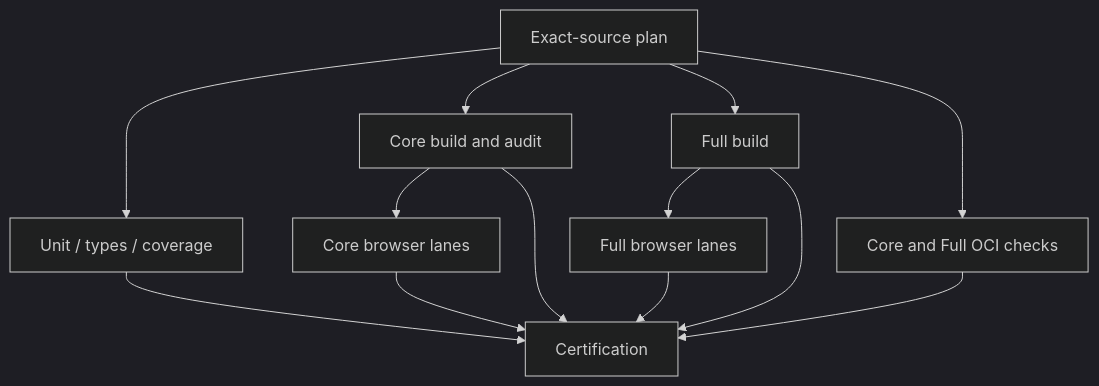
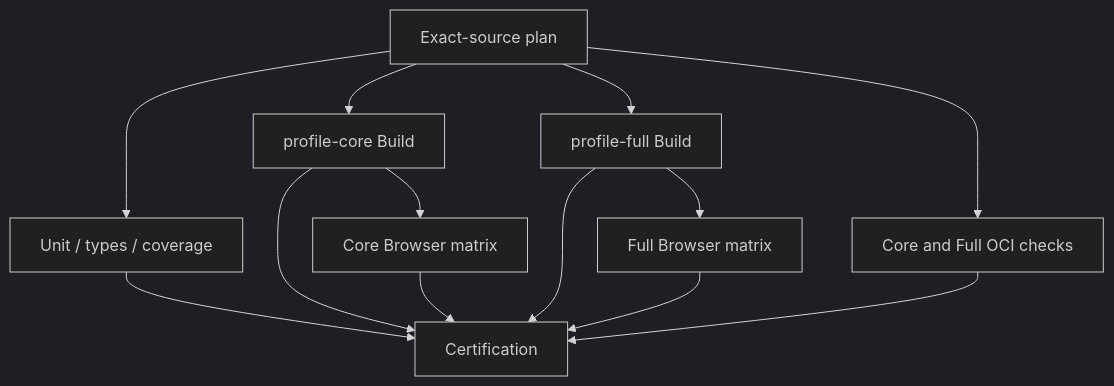
One commit to yohn-jp/codexia changed the second of 3 diagrams in docs/verification/CI-CD.md. Above: the diagram before and after it, drawn with Mermaid (dark theme). The commit also changed other lines of this file and 25 other files, not shown here.

Commit message:
Schedule profile browser shards after their build

````diff
--- a/docs/verification/CI-CD.md
+++ b/docs/verification/CI-CD.md
@@ -244,15 +244,15 @@
 ```mermaid
 flowchart TD
   P[Exact-source plan] --> U[Unit / types / coverage]
-  P --> C[Core build and audit]
-  P --> F[Full build]
+  P --> CB[profile-core Build]
+  CB --> BC[Core Browser matrix]
+  P --> FB[profile-full Build]
+  FB --> BF[Full Browser matrix]
   P --> O[Core and Full OCI checks]
-  C --> BC[Core browser lanes]
-  F --> BF[Full browser lanes]
   U --> G[Certification]
-  C --> G
-  F --> G
+  CB --> G
+  BC --> G
+  FB --> G
+  BF --> G
   O --> G
-  BC --> G
-  BF --> G
 ```
````
